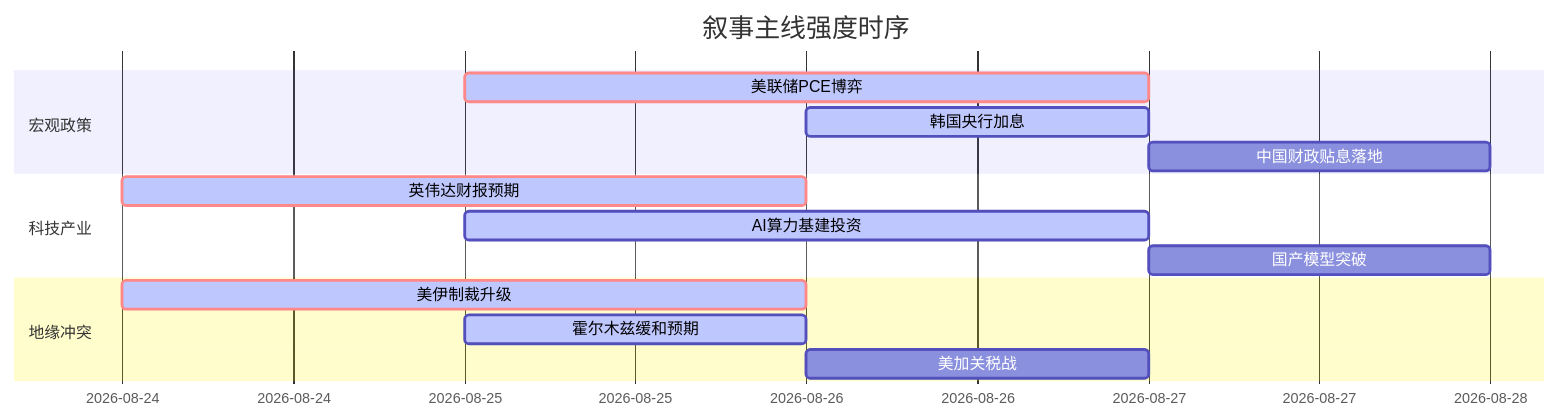
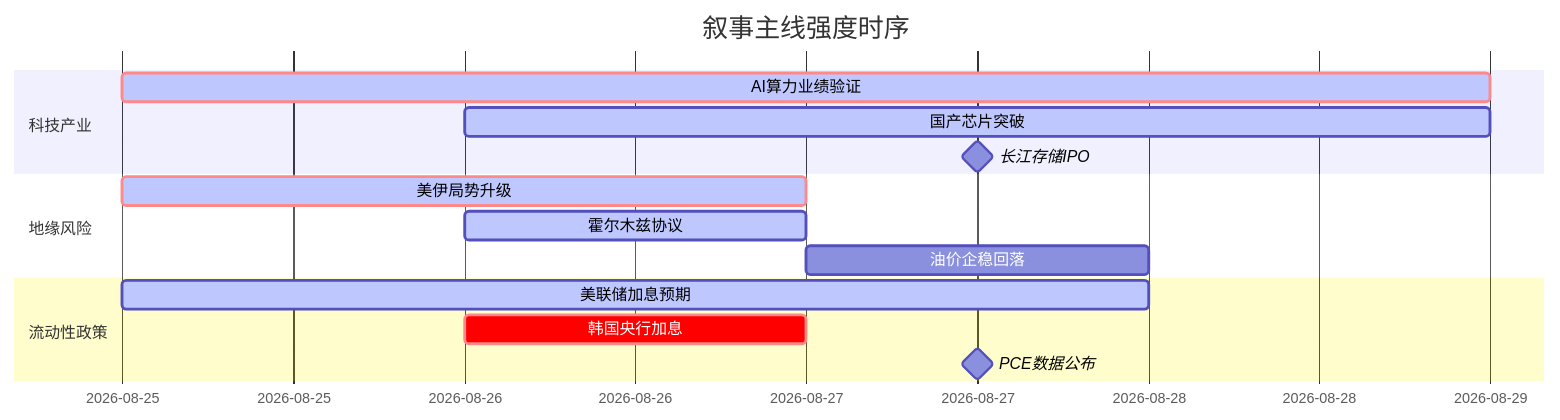
One commit to uu5zn/uu5zn.github.io changed the diagram in 5day_report.md. Above: the diagram before and after it, drawn with Mermaid. The commit also changed other lines of this file and 24 other files, not shown here.

````diff
--- a/5day_report.md
+++ b/5day_report.md
@@ -58,19 +58,19 @@
 ```mermaid
 gantt
     title 叙事主线强度时序
     dateFormat YYYY-MM-DD
-    section 宏观政策
-    美联储PCE博弈   :crit, active, 2026-08-25, 2d
-    韩国央行加息    :active, 2026-08-26, 1d
-    中国财政贴息落地 :2026-08-27, 1d
+    section 科技产业
+    AI算力业绩验证   :crit, active, 2026-08-25, 4d
+    国产芯片突破     :active, 2026-08-26, 3d
+    长江存储IPO      :milestone, 2026-08-27, 1d
     
-    section 科技产业
-    英伟达财报预期  :crit, active, 2026-08-24, 2d
-    AI算力基建投资  :active, 2026-08-25, 2d
-    国产模型突破    :2026-08-27, 1d
+    section 地缘风险
+    美伊局势升级     :crit, active, 2026-08-25, 2d
+    霍尔木兹协议     :active, 2026-08-26, 1d
+    油价企稳回落     :2026-08-27, 1d
     
-    section 地缘冲突
-    美伊制裁升级    :crit, active, 2026-08-24, 2d
-    霍尔木兹缓和预期:active, 2026-08-25, 1d
-    美加关税战      :2026-08-26, 1d
+    section 流动性政策
+    美联储加息预期   :active, 2026-08-25, 3d
+    韩国央行加息     :crit, 2026-08-26, 1d
+    PCE数据公布      :milestone, 2026-08-27, 1d
 ```
````
